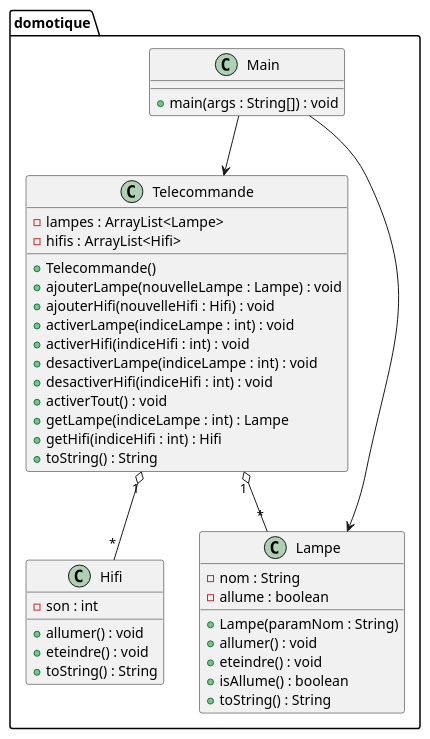
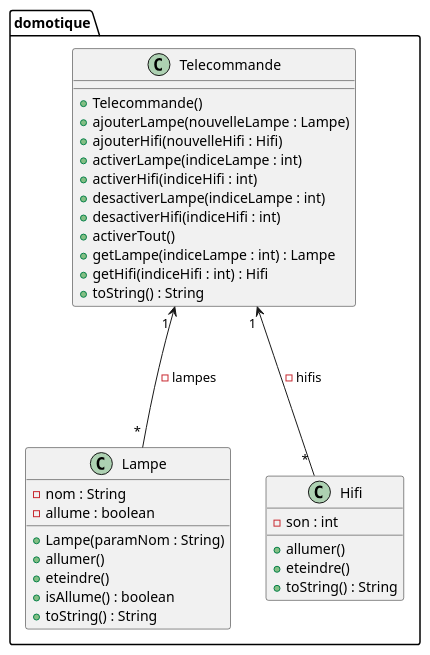
Before and after one commit to CharlieKieffer1/2026_coo_domotique_CharlieKieffer1: the diagram in plantUML_domotique_TD3.puml, drawn with PlantUML.

Commit message:
modif du puml

```diff
--- a/plantUML_domotique_TD3.puml
+++ b/plantUML_domotique_TD3.puml
@@ -1,54 +1,45 @@
 @startuml
 
 package domotique {
 
 class Telecommande {
-    - lampes : ArrayList<Lampe>
-    - hifis : ArrayList<Hifi>
 
     + Telecommande()
-    + ajouterLampe(nouvelleLampe : Lampe) : void
-    + ajouterHifi(nouvelleHifi : Hifi) : void
-    + activerLampe(indiceLampe : int) : void
-    + activerHifi(indiceHifi : int) : void
-    + desactiverLampe(indiceLampe : int) : void
-    + desactiverHifi(indiceHifi : int) : void
-    + activerTout() : void
+    + ajouterLampe(nouvelleLampe : Lampe)
+    + ajouterHifi(nouvelleHifi : Hifi)
+    + activerLampe(indiceLampe : int)
+    + activerHifi(indiceHifi : int)
+    + desactiverLampe(indiceLampe : int)
+    + desactiverHifi(indiceHifi : int)
+    + activerTout()
     + getLampe(indiceLampe : int) : Lampe
     + getHifi(indiceHifi : int) : Hifi
     + toString() : String
 }
 
 class Lampe {
     - nom : String
     - allume : boolean
 
     + Lampe(paramNom : String)
-    + allumer() : void
-    + eteindre() : void
+    + allumer()
+    + eteindre()
     + isAllume() : boolean
     + toString() : String
 }
 
 class Hifi {
     - son : int
 
-    + allumer() : void
-    + eteindre() : void
+    + allumer()
+    + eteindre()
     + toString() : String
-}
-
-class Main {
-    + main(args : String[]) : void
 }
 
 }
 
 ' Relations
-Telecommande "1" o-- "*" Lampe
-Telecommande "1" o-- "*" Hifi
-
-Main --> Telecommande
-Main --> Lampe
+Telecommande " 1 " <--- " * " Lampe : -lampes
+Telecommande " 1 " <--- " * " Hifi : -hifis
 
 @enduml
```
